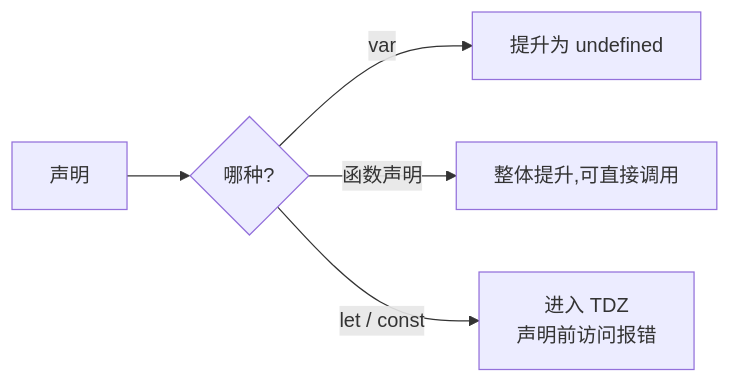
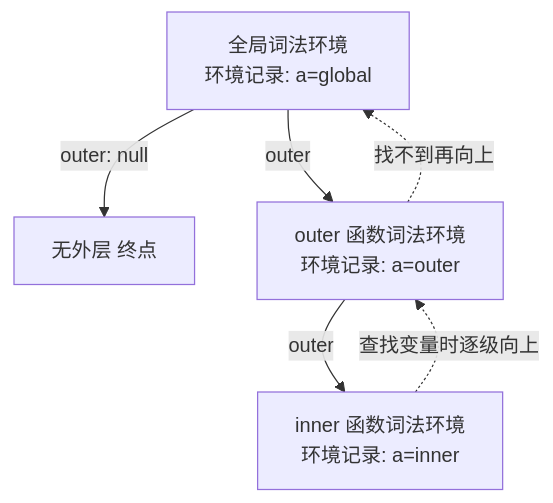
One commit to inspire-man/frontend-knowledge-base changed the second of 3 diagrams in frontend-knowledge-base/卷一-JavaScript语言内核/1.2-作用域与闭包.md. Above: the diagram before and after it, drawn with Mermaid. The commit also changed other lines of this file and 1 other file, not shown here.

````diff
--- a/frontend-knowledge-base/卷一-JavaScript语言内核/1.2-作用域与闭包.md
+++ b/frontend-knowledge-base/卷一-JavaScript语言内核/1.2-作用域与闭包.md
@@ -65,7 +52,8 @@
 ```mermaid
-flowchart LR
-    A[声明] --> B{哪种?}
-    B -->|var| C[提升为 undefined]
-    B -->|函数声明| D[整体提升,可直接调用]
-    B -->|let / const| E[进入 TDZ<br/>声明前访问报错]
+flowchart TB
+    A[全局词法环境<br/>环境记录: a=global] -->|outer: null| Z[无外层 终点]
+    A -->|outer| B[outer 函数词法环境<br/>环境记录: a=outer]
+    B -->|outer| C[inner 函数词法环境<br/>环境记录: a=inner]
+    C -.->|查找变量时逐级向上| B
+    B -.->|找不到再向上| A
 ```
````
